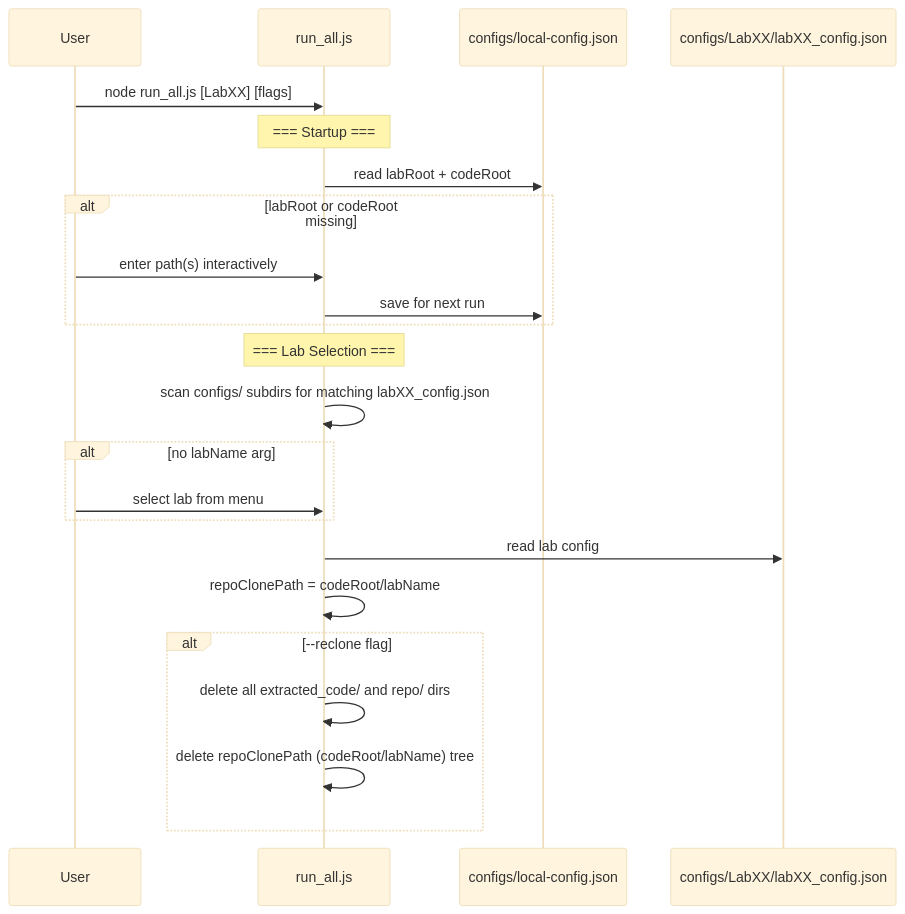
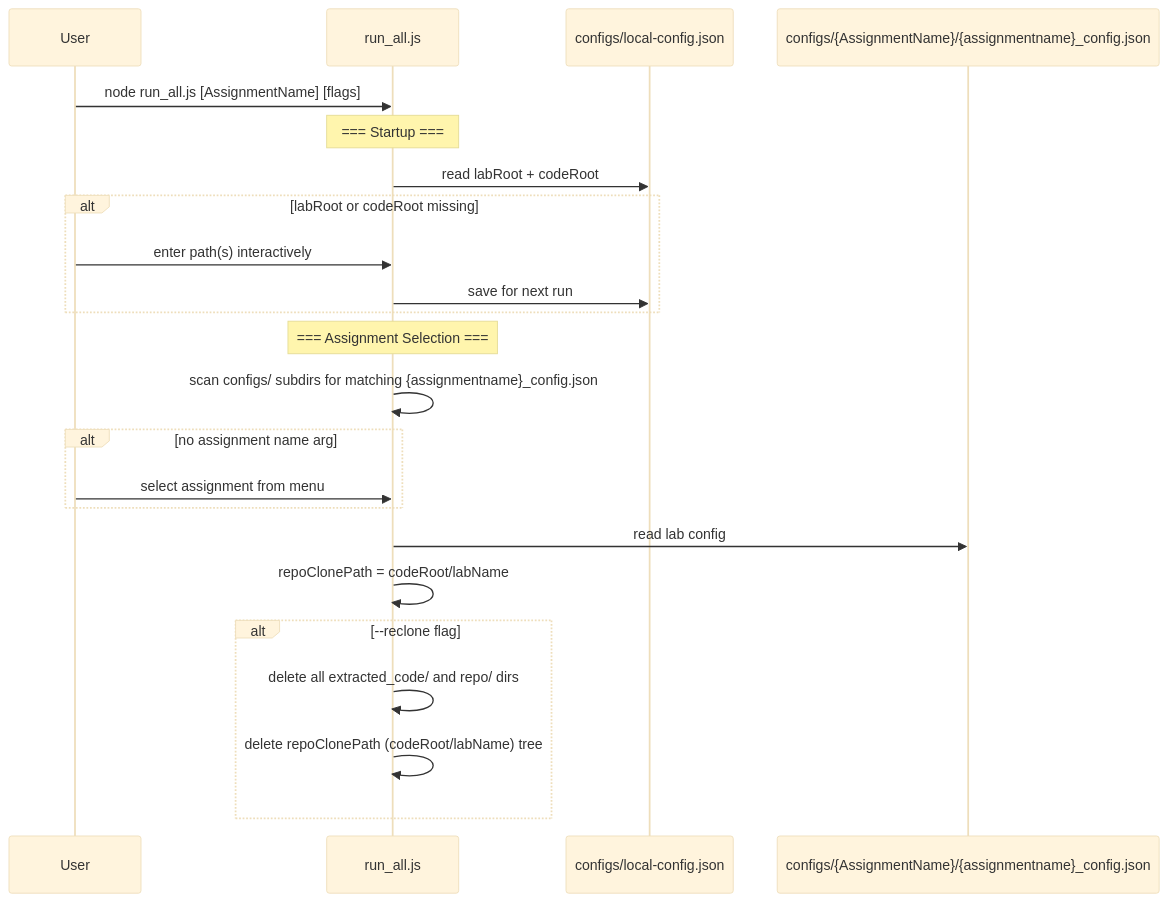
One commit to ProfBird/CS233JS-AI_Grading changed the second of 4 diagrams in DEVELOPER_GUIDE.md. Above: the diagram before and after it, drawn with Mermaid (base theme). The commit also changed other lines of this file and 10 other files, not shown here.

````diff
--- a/DEVELOPER_GUIDE.md
+++ b/DEVELOPER_GUIDE.md
@@ -85,31 +85,31 @@
 ```mermaid
 sequenceDiagram
     participant User
     participant run_all as run_all.js
     participant lc as configs/local-config.json
-    participant config as configs/LabXX/labXX_config.json
+    participant config as configs/{AssignmentName}/{assignmentname}_config.json
 
-    User->>run_all: node run_all.js [LabXX] [flags]
+    User->>run_all: node run_all.js [AssignmentName] [flags]
 
     Note over run_all: === Startup ===
     run_all->>lc: read labRoot + codeRoot
     alt labRoot or codeRoot missing
         User->>run_all: enter path(s) interactively
         run_all->>lc: save for next run
     end
 
-    Note over run_all: === Lab Selection ===
-    run_all->>run_all: scan configs/ subdirs for matching labXX_config.json
+    Note over run_all: === Assignment Selection ===
+    run_all->>run_all: scan configs/ subdirs for matching {assignmentname}_config.json
 
-    alt no labName arg
-        User->>run_all: select lab from menu
+    alt no assignment name arg
+        User->>run_all: select assignment from menu
     end
 
     run_all->>config: read lab config
     run_all->>run_all: repoClonePath = codeRoot/labName
 
     alt --reclone flag
         run_all->>run_all: delete all extracted_code/ and repo/ dirs
         run_all->>run_all: delete repoClonePath (codeRoot/labName) tree
     end
 ```
````
